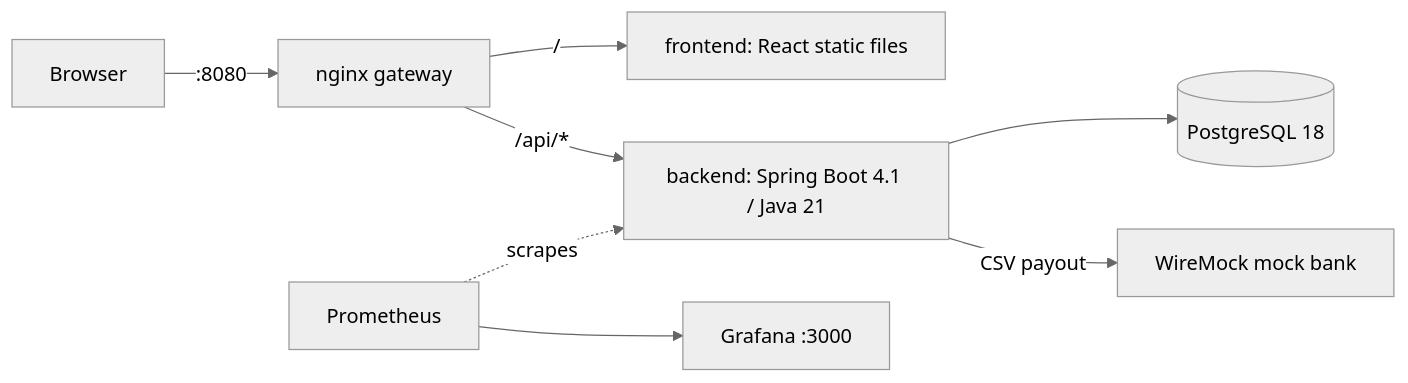
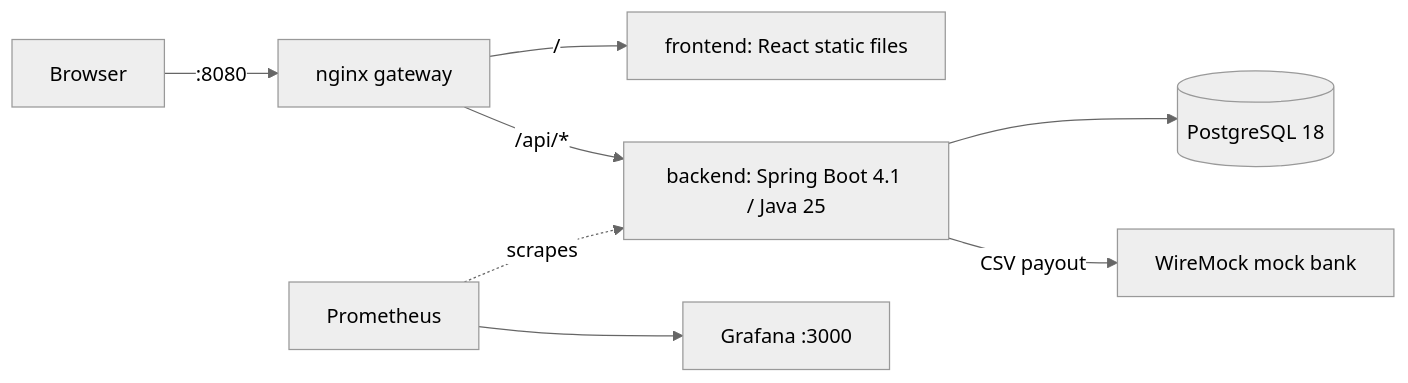
The second of 2 diagrams in Expenseflow_readme_srs.md (prasangjhawar-nt/ai-manthan), drawn with Mermaid (neutral theme) before and after one commit. The commit also changed 86 other files, not shown here.

````diff
--- a/Expenseflow_readme_srs.md
+++ b/Expenseflow_readme_srs.md
@@ -440,10 +440,10 @@
 ```mermaid
 flowchart LR
   U[Browser] -->|:8080| G[nginx gateway]
   G -->|/| F[frontend: React static files]
-  G -->|/api/*| B[backend: Spring Boot 4.1 / Java 21]
+  G -->|/api/*| B[backend: Spring Boot 4.1 / Java 25]
   B --> P[(PostgreSQL 18)]
   B -->|CSV payout| W[WireMock mock bank]
   PR[Prometheus] -.scrapes.-> B
   PR --> GR[Grafana :3000]
 ```
````
